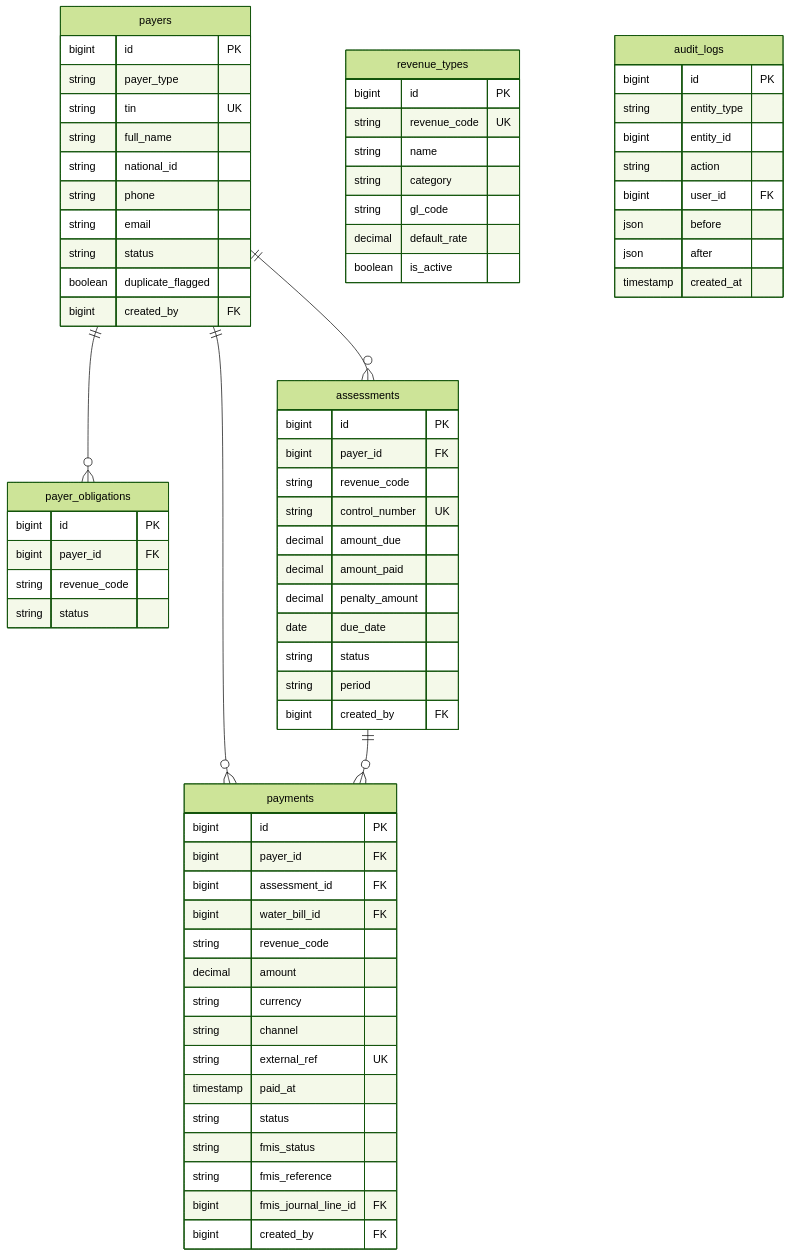
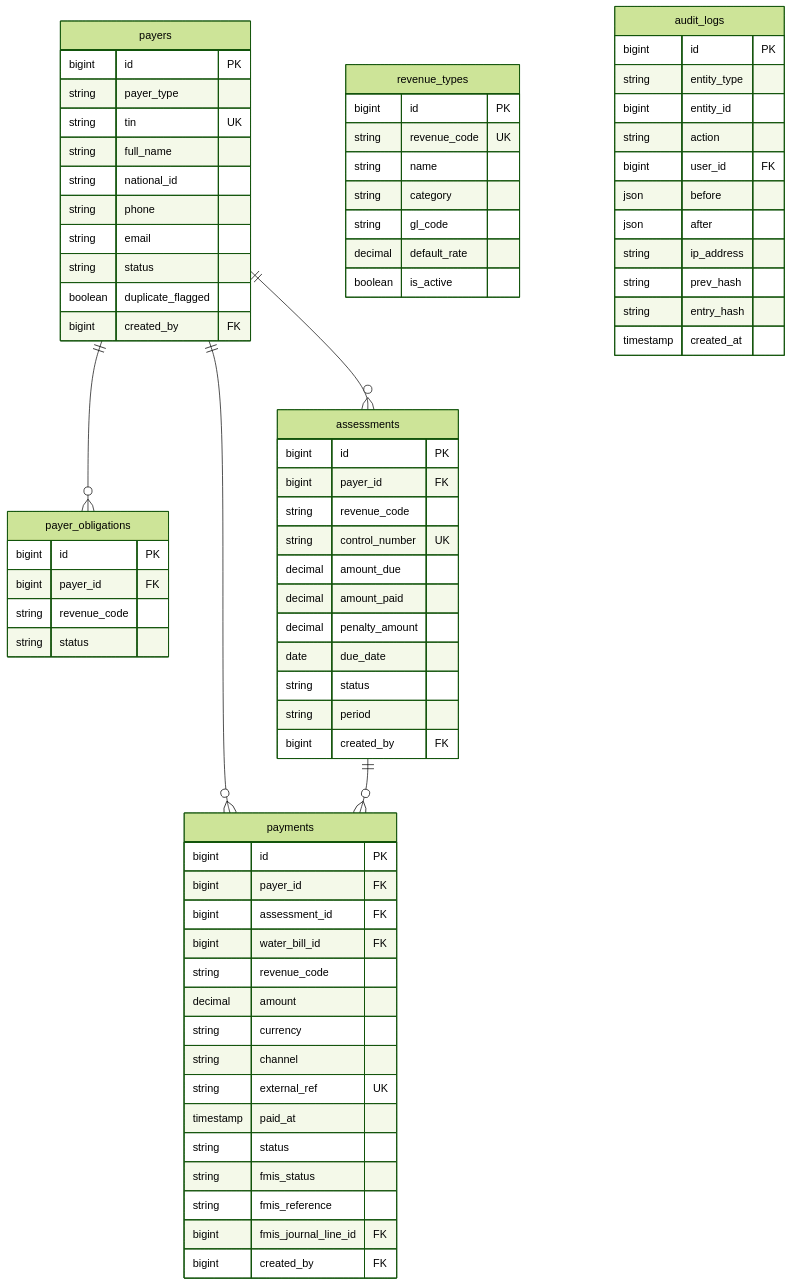
Before and after one commit to proyousseph/farsight-ircub-poc: the third of 6 diagrams in docs/ERD.md, drawn with Mermaid (forest theme). The commit also changed other lines of this file and 35 other files, not shown here.

```diff
--- a/docs/ERD.md
+++ b/docs/ERD.md
@@ -173,6 +173,9 @@
         bigint user_id FK
         json before
         json after
+        string ip_address
+        string prev_hash
+        string entry_hash
         timestamp created_at
     }
 
```
